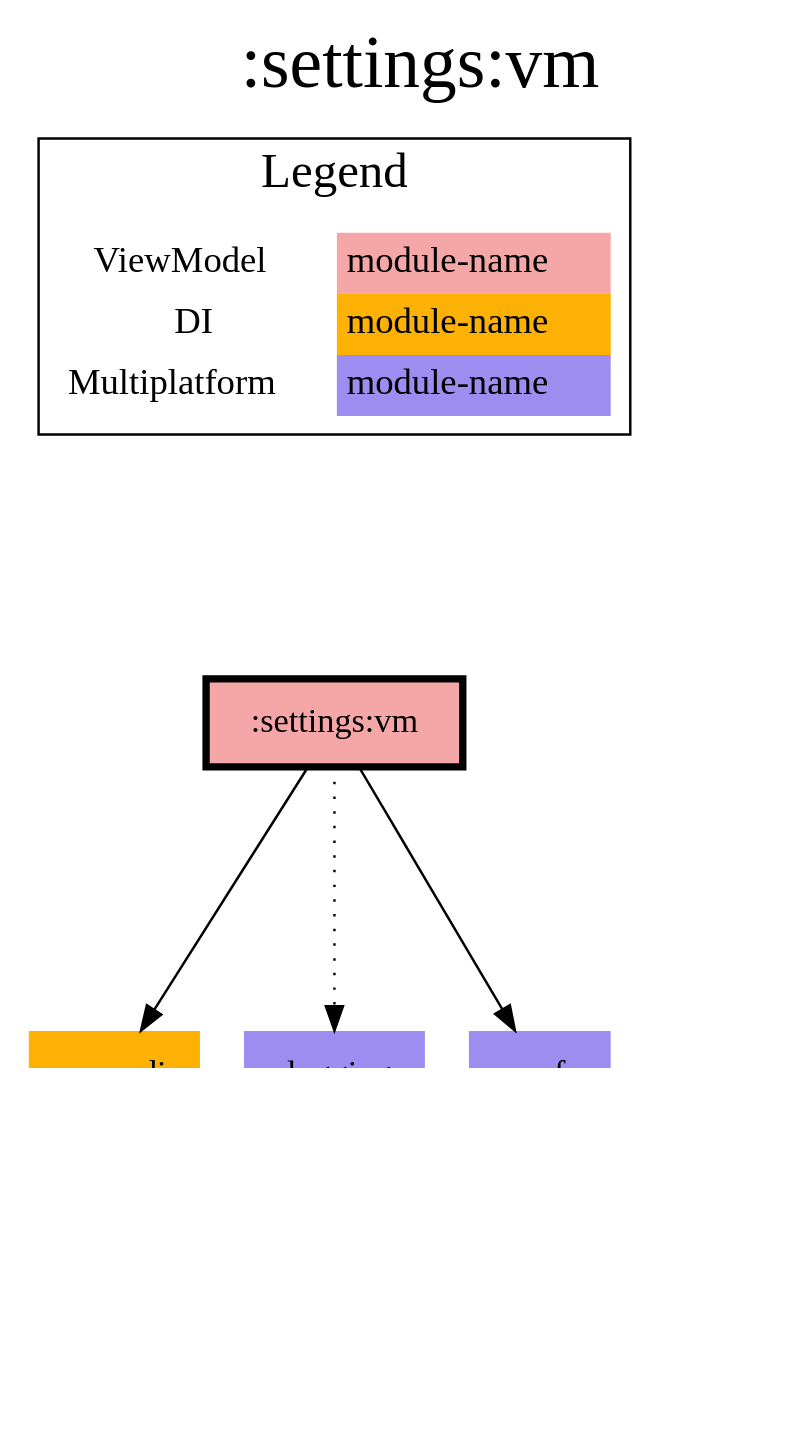
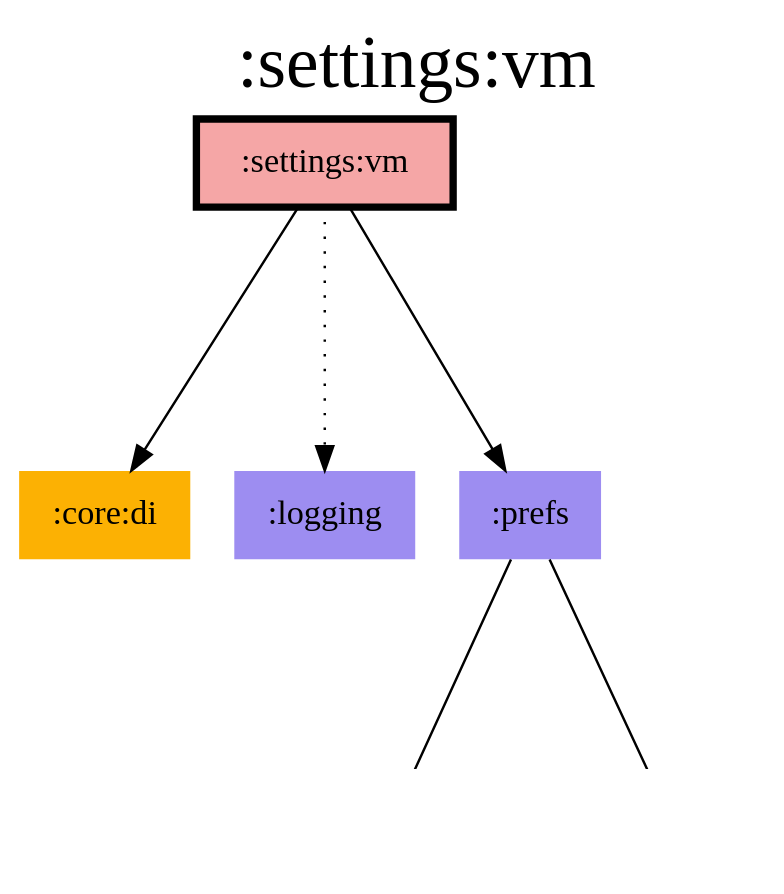
One commit to jonapoul/aktual changed the diagram in modules/settings/vm/modules.dot. Above: the diagram before and after it, drawn with Graphviz. The commit also changed 128 other files, not shown here.

```diff
--- a/modules/settings/vm/modules.dot
+++ b/modules/settings/vm/modules.dot
@@ -1,32 +1,21 @@
 digraph {
 edge ["dir"="forward"]
 graph ["dpi"="100","label"=":settings:vm","labelloc"="t","fontsize"="30","ranksep"="1.5","rankdir"="TB"]
 node ["style"="filled"]
 ":account:model" ["fillcolor"="#9D8DF1","shape"="none"]
 ":core:di" ["fillcolor"="#FCB103","shape"="none"]
 ":core:model" ["fillcolor"="#9D8DF1","shape"="none"]
 ":logging" ["fillcolor"="#9D8DF1","shape"="none"]
 ":prefs" ["fillcolor"="#9D8DF1","shape"="none"]
 ":settings:vm" ["fillcolor"="#F5A6A6","color"="black","penwidth"="3","shape"="box"]
 {
 edge ["dir"="none"]
 graph ["rank"="same"]
 ":settings:vm"
 }
 ":prefs" -> ":account:model"
 ":prefs" -> ":core:model"
 ":settings:vm" -> ":core:di"
 ":settings:vm" -> ":logging" ["style"="dotted"]
 ":settings:vm" -> ":prefs"
-subgraph "cluster_legend" {
-edge ["dir"="none"]
-graph ["label"="Legend","fontsize"="20"]
-"Legend" ["style"="filled","fillcolor"="#FFFFFF","shape"="none","margin"="0","fontsize"="15","label"=<
-<TABLE BORDER="0" CELLBORDER="0" CELLSPACING="0" CELLPADDING="4">
-<TR><TD>ViewModel</TD><TD BGCOLOR="#F5A6A6">module-name</TD></TR>
-<TR><TD>DI</TD><TD BGCOLOR="#FCB103">module-name</TD></TR>
-<TR><TD>Multiplatform</TD><TD BGCOLOR="#9D8DF1">module-name</TD></TR>
-</TABLE>
->]
-} -> ":settings:vm" ["style"="invis"]
 }
```
